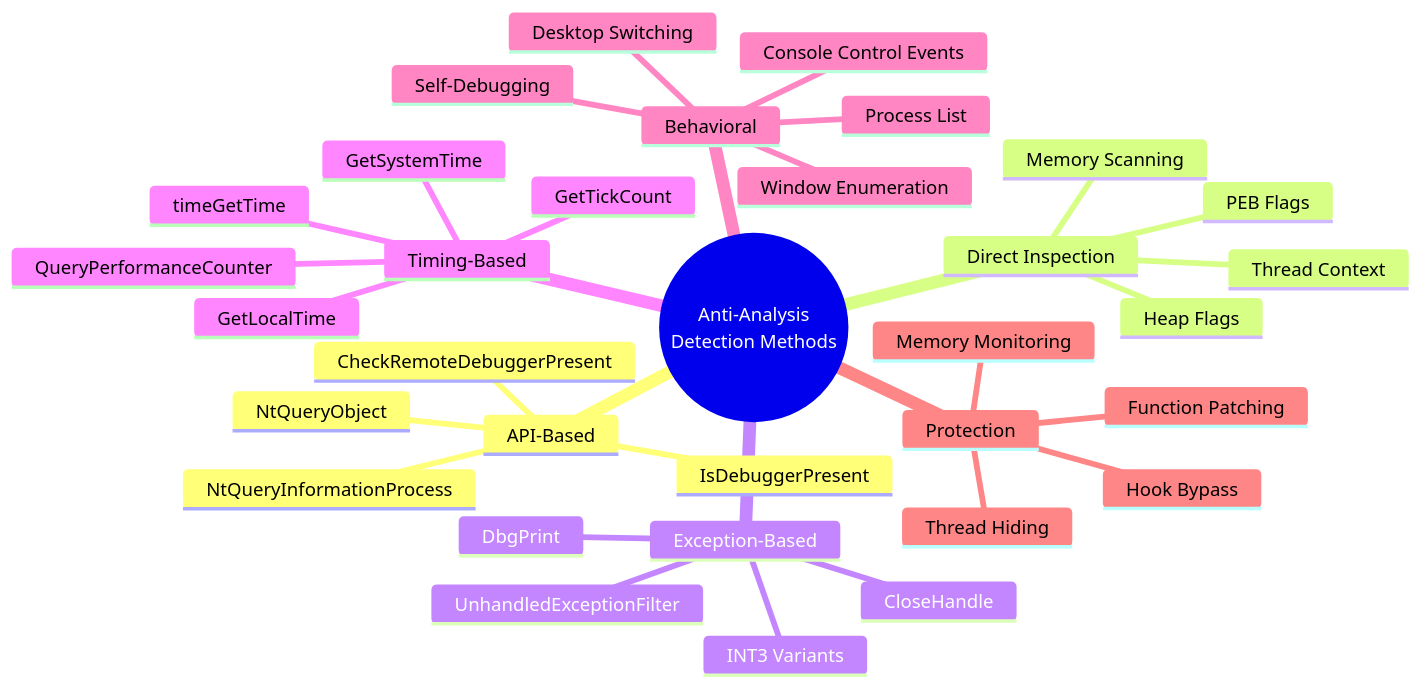
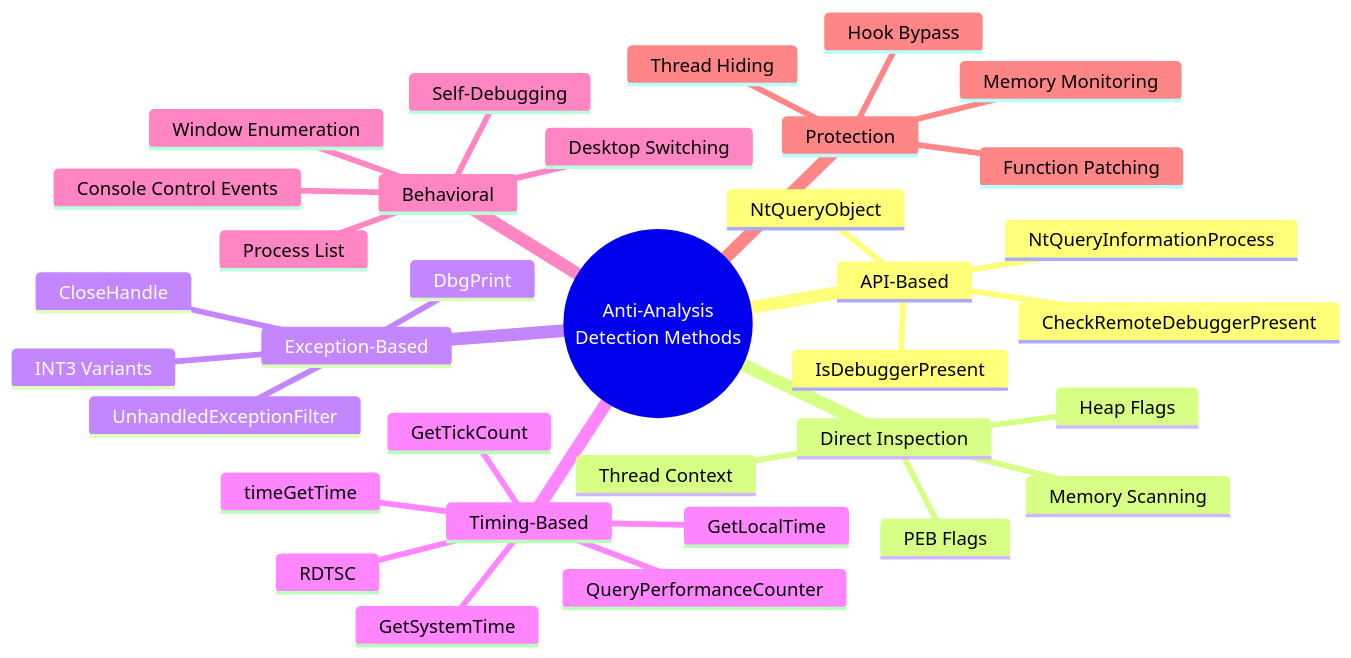
The sixth of 8 diagrams in docs/diagrams/taxonomy.md (mabj/anti), drawn with Mermaid before and after one commit. The commit also changed other lines of this file and 8 other files, not shown here.

````diff
--- a/docs/diagrams/taxonomy.md
+++ b/docs/diagrams/taxonomy.md
@@ -175,36 +176,37 @@
 ```mermaid
 mindmap
   root((Anti-Analysis<br/>Detection Methods))
     API-Based
       IsDebuggerPresent
       CheckRemoteDebuggerPresent
       NtQueryInformationProcess
       NtQueryObject
     Direct Inspection
       PEB Flags
       Heap Flags
       Thread Context
       Memory Scanning
     Exception-Based
       INT3 Variants
       CloseHandle
       UnhandledExceptionFilter
       DbgPrint
     Timing-Based
       GetLocalTime
       GetSystemTime
       GetTickCount
       QueryPerformanceCounter
       timeGetTime
+      RDTSC
     Behavioral
       Self-Debugging
       Window Enumeration
       Process List
       Console Control Events
       Desktop Switching
     Protection
       Function Patching
       Thread Hiding
       Memory Monitoring
       Hook Bypass
 ```
````
